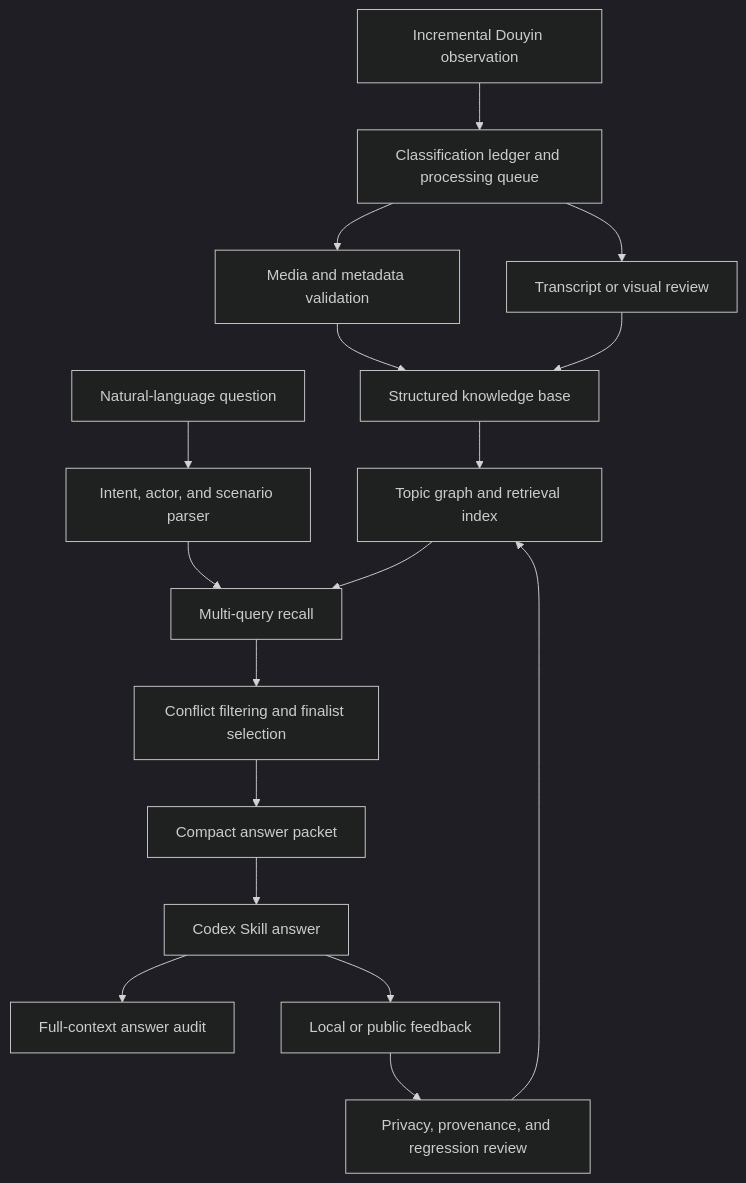
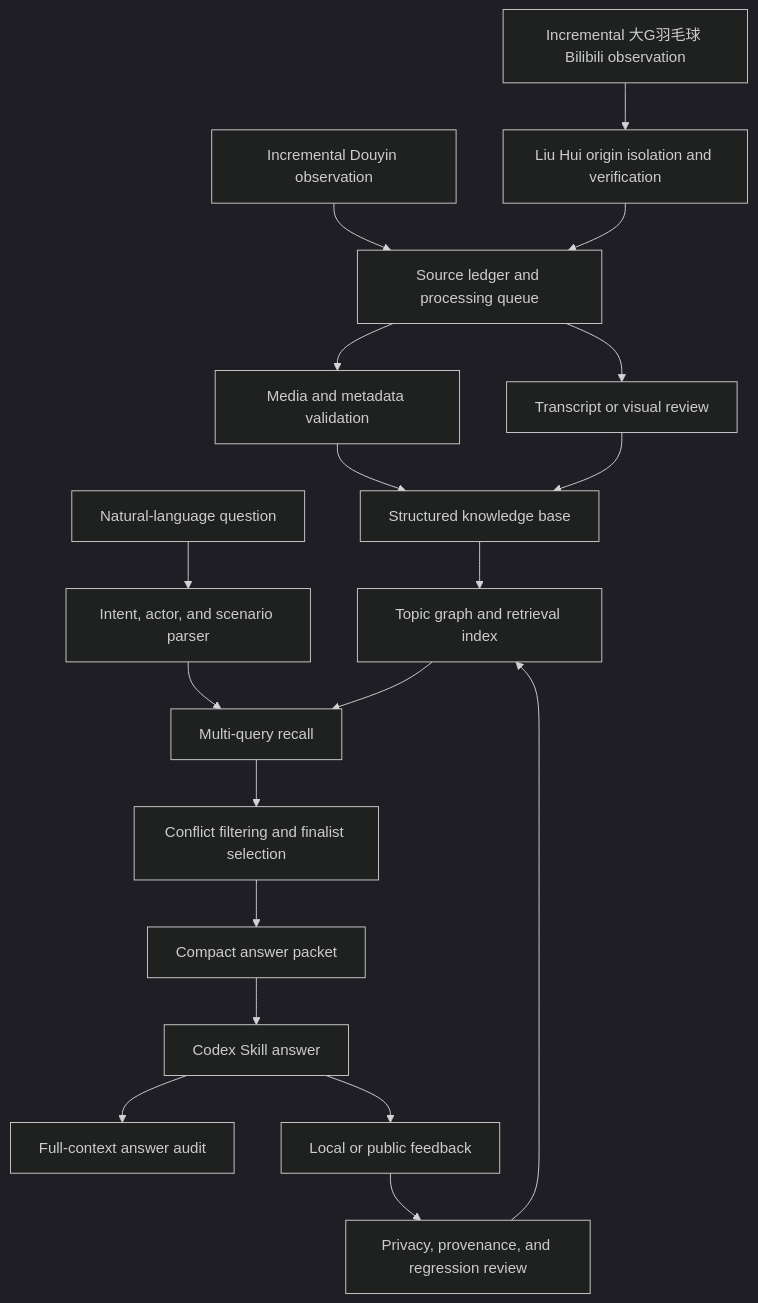
The diagram in README.en.md (MuyuanGuo/badminton-skills-coach), drawn with Mermaid (dark theme) before and after one commit. The commit also changed other lines of this file and 16 other files, not shown here.

Commit message:
feat: add safe Bilibili source ingestion

````diff
--- a/README.en.md
+++ b/README.en.md
@@ -83,19 +84,21 @@
 ```mermaid
 flowchart TD
-    A["Incremental Douyin observation"] --> B["Classification ledger and processing queue"]
+    A1["Incremental Douyin observation"] --> B["Source ledger and processing queue"]
+    A2["Incremental 大G羽毛球 Bilibili observation"] --> O["Liu Hui origin isolation and verification"]
+    O --> B
     B --> C["Media and metadata validation"]
     B --> D["Transcript or visual review"]
     C --> E["Structured knowledge base"]
     D --> E
     E --> F["Topic graph and retrieval index"]
     Q["Natural-language question"] --> G["Intent, actor, and scenario parser"]
     G --> H["Multi-query recall"]
     F --> H
     H --> I["Conflict filtering and finalist selection"]
     I --> J["Compact answer packet"]
     J --> K["Codex Skill answer"]
     K --> L["Full-context answer audit"]
     K --> M["Local or public feedback"]
     M --> N["Privacy, provenance, and regression review"]
     N --> F
 ```
````
